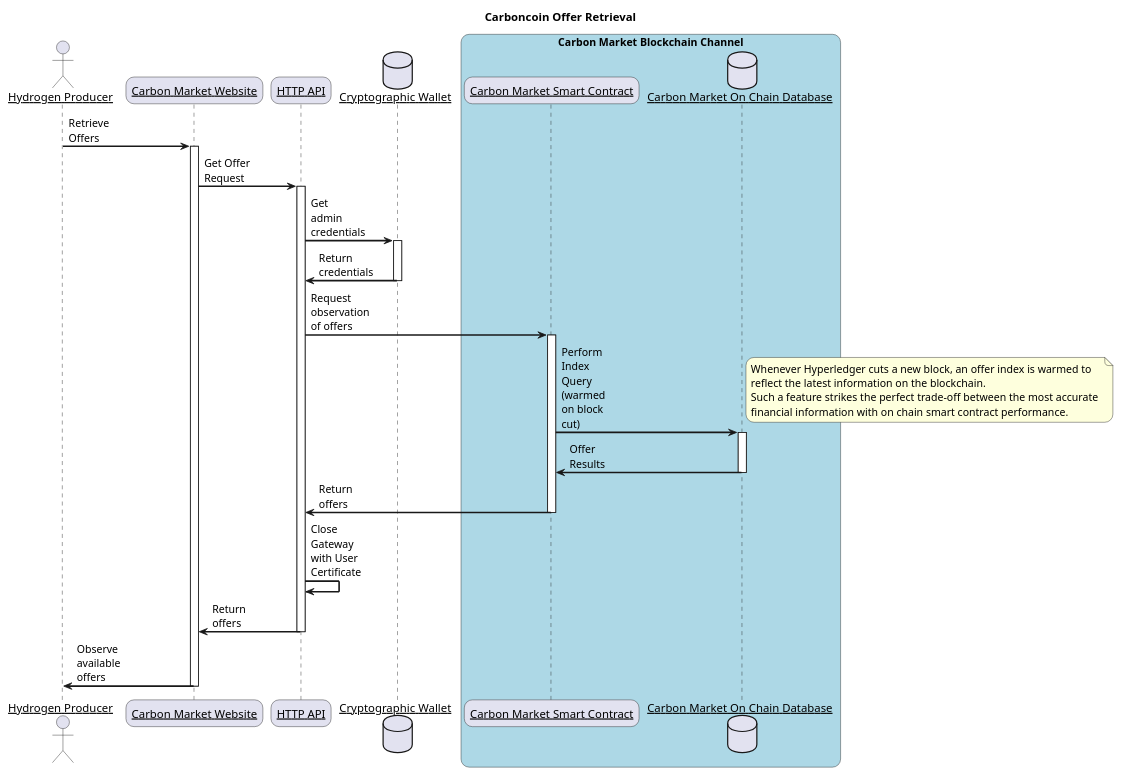
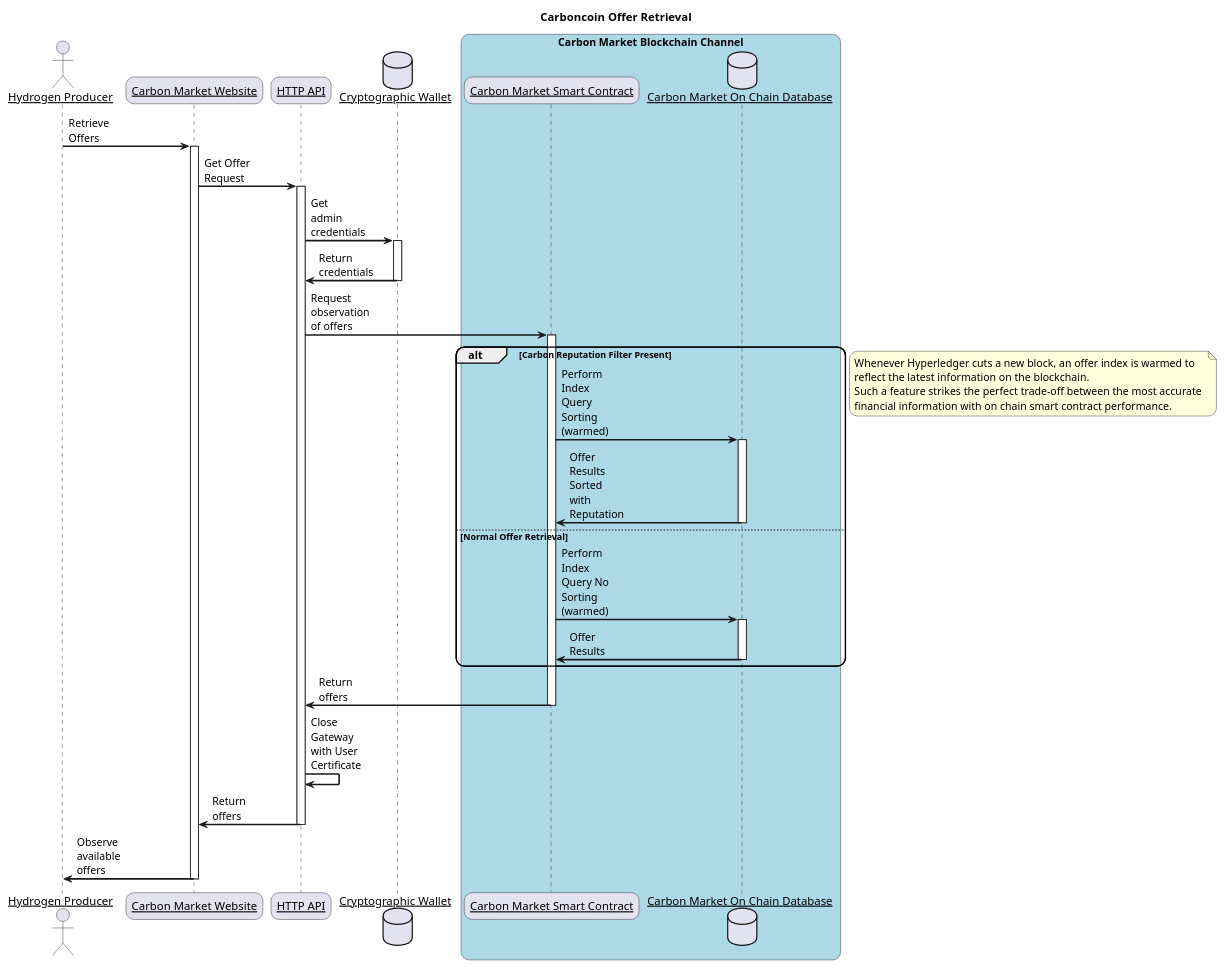
One commit to oscargolding/Carboncoin-ESG changed the diagram in diagrams/getOffers.pu. Above: the diagram before and after it, drawn with PlantUML. The commit also changed 34 other files, not shown here.

```diff
--- a/diagrams/getOffers.pu
+++ b/diagrams/getOffers.pu
@@ -1,51 +1,59 @@
 @startuml GetOffers
 skinparam sequenceArrowThickness 2
 skinparam roundcorner 20
 skinparam maxmessagesize 60
 skinparam sequenceParticipant underline
 title Carboncoin Offer Retrieval
 
 actor "Hydrogen Producer" as User
 participant "Carbon Market Website" as Website
 participant "HTTP API" as API
 database "Cryptographic Wallet" as Wallet
 box "Carbon Market Blockchain Channel" #LightBlue
 participant "Carbon Market Smart Contract" as CMSC 
 database "Carbon Market On Chain Database" as CMJD
 
 User -> Website: Retrieve Offers
 activate Website 
 
 Website -> API: Get Offer Request
 activate API 
 
 API -> Wallet: Get admin credentials
 activate Wallet
 
 Wallet -> API: Return credentials
 deactivate Wallet
 
 API -> CMSC: Request observation of offers
 activate CMSC
 
-CMSC -> CMJD: Perform Index Query (warmed on block cut)
-activate CMJD
+alt Carbon Reputation Filter Present
+    CMSC -> CMJD: Perform Index Query Sorting (warmed)
+    activate CMJD
+    CMJD -> CMSC: Offer Results Sorted with Reputation
+    deactivate CMJD
+else Normal Offer Retrieval
+    CMSC -> CMJD: Perform Index Query No Sorting (warmed)
+    activate CMJD
+    CMJD -> CMSC: Offer Results
+    deactivate CMJD
+end
+
 note right
 Whenever Hyperledger cuts a new block, an offer index is warmed to 
 reflect the latest information on the blockchain. 
 Such a feature strikes the perfect trade-off between the most accurate 
 financial information with on chain smart contract performance.
 end note
-CMJD -> CMSC: Offer Results
-deactivate CMJD
 
 CMSC -> API: Return offers
 deactivate CMSC
 
 API -> API: Close Gateway with User Certificate
 API -> Website: Return offers
 deactivate API
 Website -> User: Observe available offers 
 deactivate Website
 
 @enduml
```
